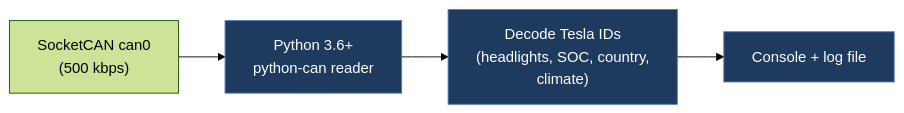
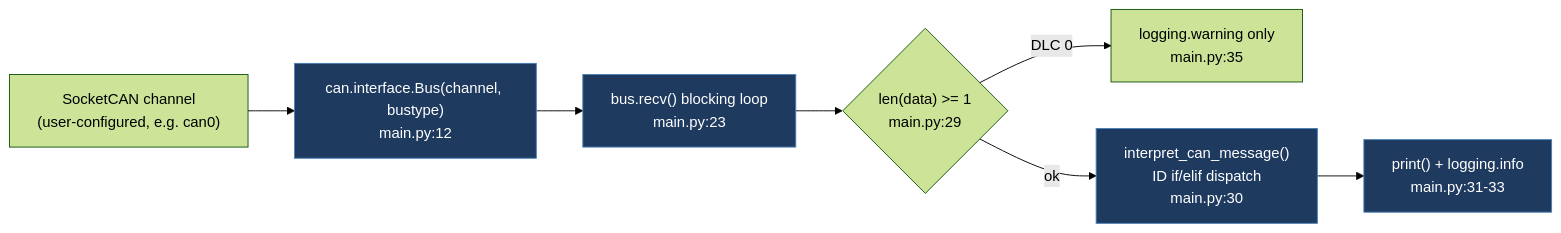
The diagram in docs/legacy/Arkay92-TeslaCANInterpreter.md (babico/TeslaCANModder), drawn with Mermaid (forest theme) before and after one commit. The commit also changed other lines of this file and 99 other files, not shown here.

````diff
--- a/docs/legacy/Arkay92-TeslaCANInterpreter.md
+++ b/docs/legacy/Arkay92-TeslaCANInterpreter.md
@@ -26,8 +59,11 @@
 ```mermaid
 flowchart LR
-    Socket["SocketCAN can0<br/>(500 kbps)"] --> Reader["Python 3.6+<br/>python-can reader"]
-    Reader --> Decode["Decode Tesla IDs<br/>(headlights, SOC, country,<br/>climate)"]
-    Decode --> Out["Console + log file"]
+    Chan["SocketCAN channel<br/>(user-configured, e.g. can0)"] --> Bus["can.interface.Bus(channel, bustype)<br/>main.py:12"]
+    Bus --> Recv["bus.recv() blocking loop<br/>main.py:23"]
+    Recv --> Gate{"len(data) >= 1<br/>main.py:29"}
+    Gate -->|DLC 0| Warn["logging.warning only<br/>main.py:35"]
+    Gate -->|ok| Interp["interpret_can_message()<br/>ID if/elif dispatch<br/>main.py:30"]
+    Interp --> Sink["print() + logging.info<br/>main.py:31-33"]
     classDef path fill:#1e3a5f,stroke:#4a7fb5,color:#fff
-    class Reader,Decode,Out path
+    class Bus,Recv,Interp,Sink path
 ```
````
